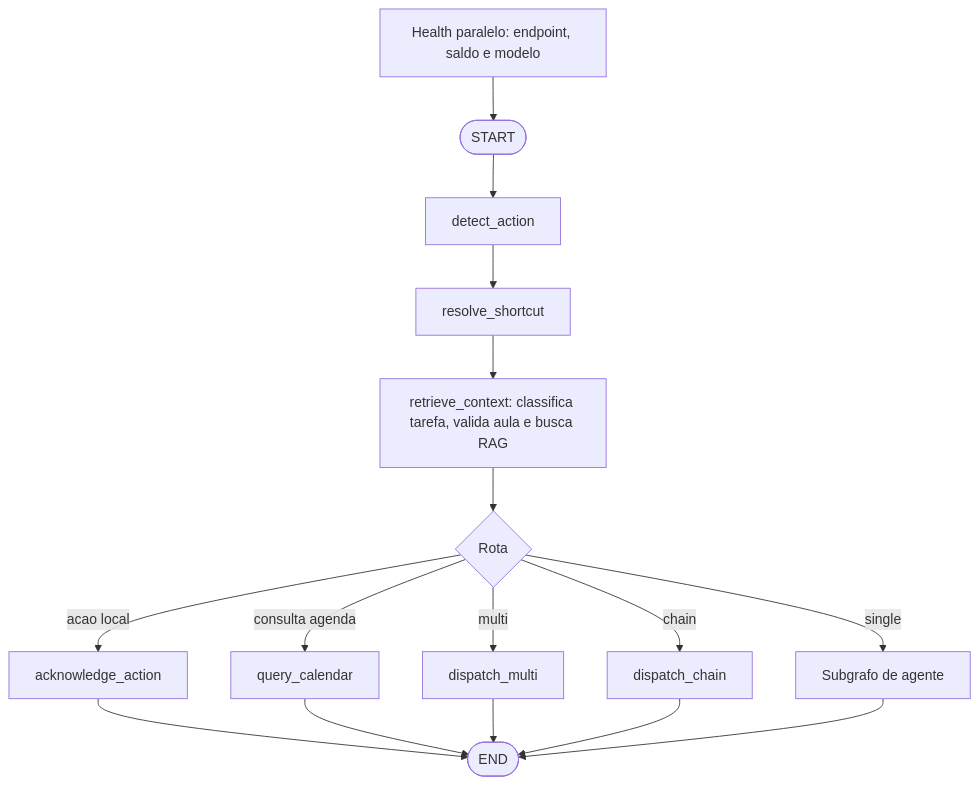
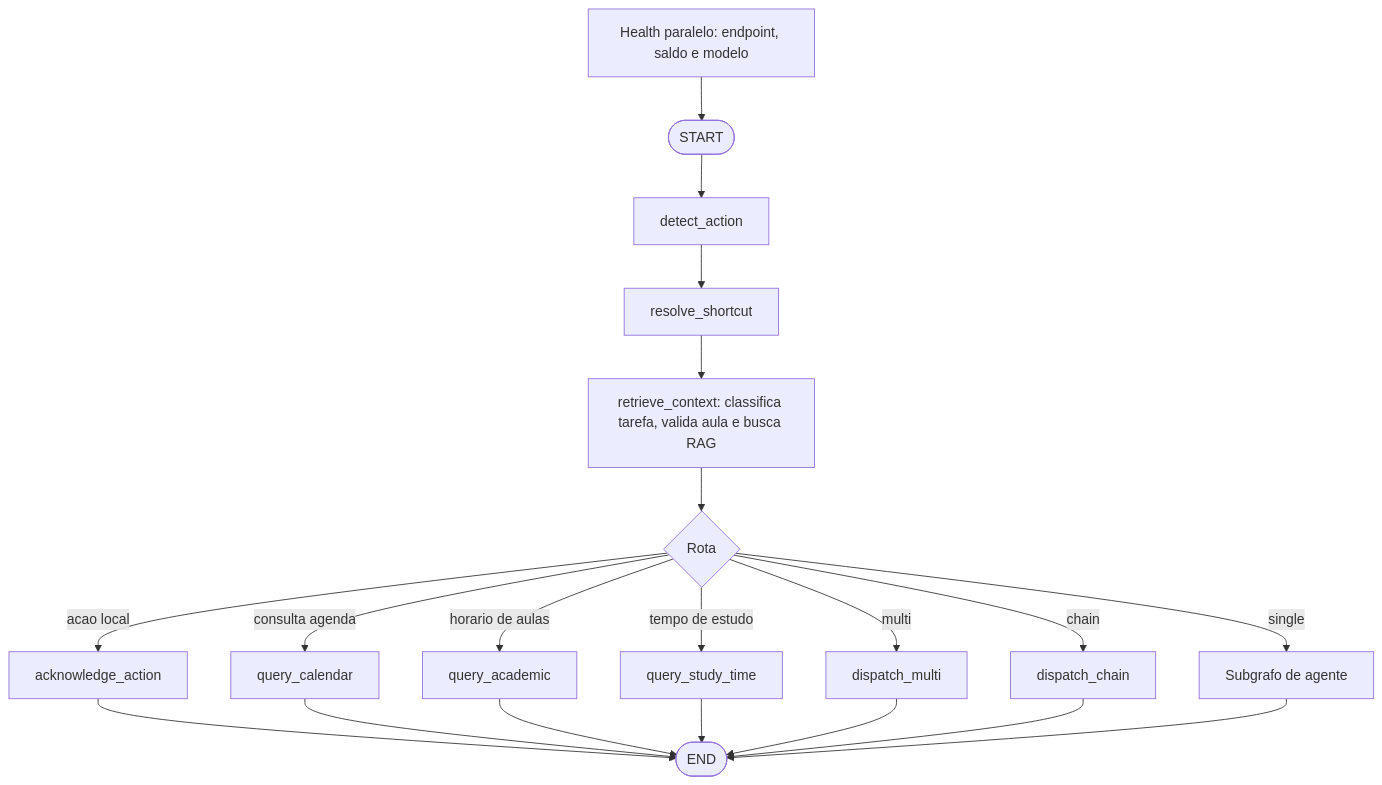
One commit to m4n1nh0/assistant_app changed the fifth of 10 diagrams in README.md. Above: the diagram before and after it, drawn with Mermaid. The commit also changed other lines of this file and 7 other files, not shown here.

````diff
--- a/README.md
+++ b/README.md
@@ -349,18 +350,22 @@
 ```mermaid
 flowchart TD
     Health[Health paralelo: endpoint, saldo e modelo] --> Start([START])
     Start --> Detect[detect_action]
     Detect --> Shortcut[resolve_shortcut]
     Shortcut --> Ctx[retrieve_context: classifica tarefa, valida aula e busca RAG]
     Ctx --> Route{Rota}
     Route -->|acao local| Ack[acknowledge_action]
     Route -->|consulta agenda| Cal[query_calendar]
+    Route -->|horario de aulas| Acad[query_academic]
+    Route -->|tempo de estudo| Study[query_study_time]
     Route -->|single| Sub[Subgrafo de agente]
     Route -->|multi| Multi[dispatch_multi]
     Route -->|chain| Chain[dispatch_chain]
     Ack --> End([END])
     Cal --> End
+    Acad --> End
+    Study --> End
     Multi --> End
     Chain --> End
     Sub --> End
 ```
````
